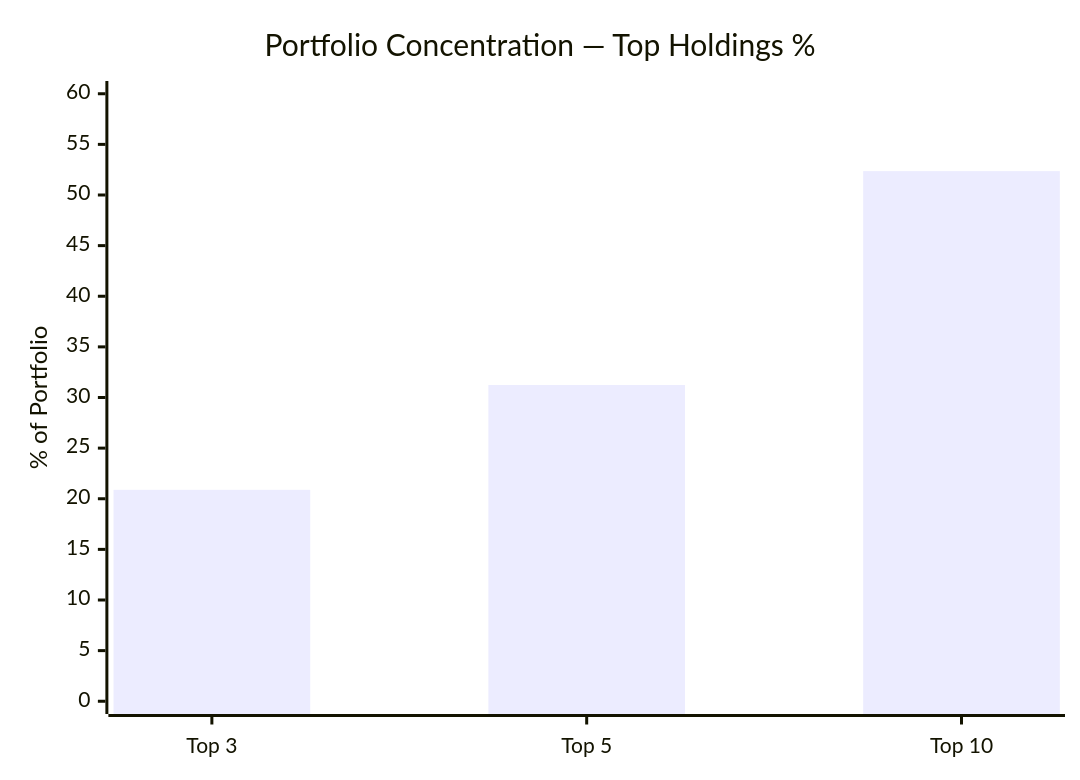
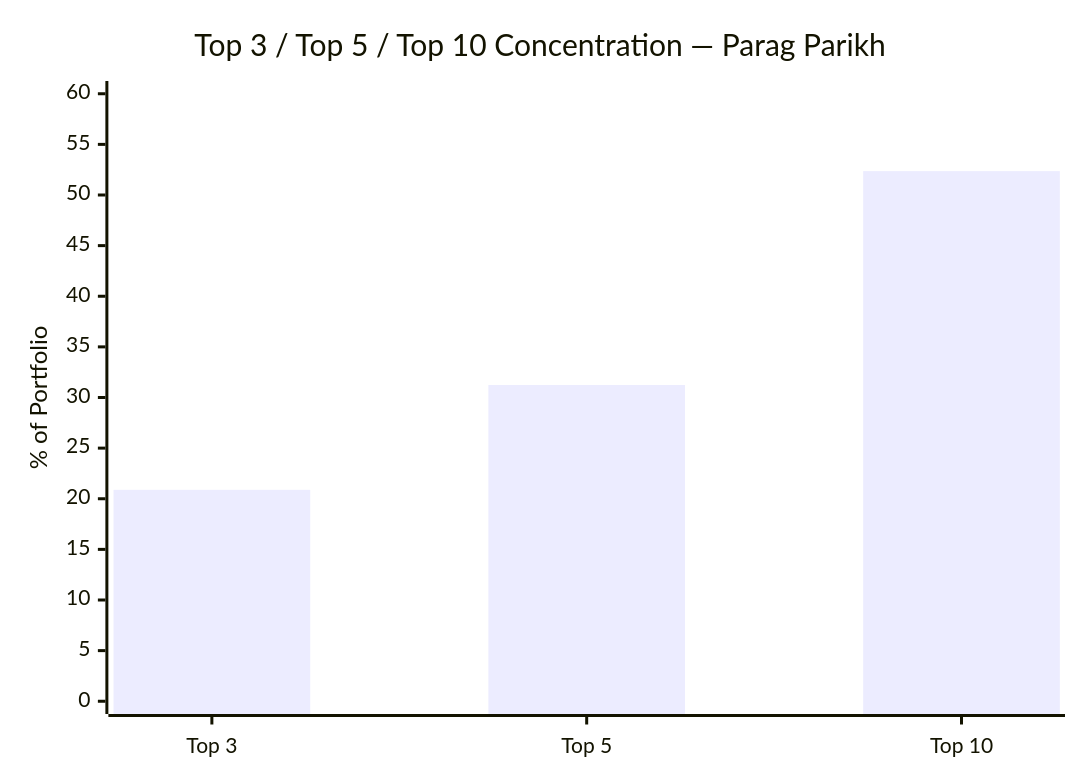
One commit to mayankutkarsh334/Investment changed diagram 11 of 14 in Mutual Fund/FlexiCap/funds/parag_parikh/module3_portfolio.md. Above: the diagram before and after it, drawn with Mermaid. The commit also changed other lines of this file and 4 other files, not shown here.

First line of the commit message:
feat: complete deep-study modules 2–6 for Parag Parikh Flexi Cap Fund

````diff
--- a/Mutual Fund/FlexiCap/funds/parag_parikh/module3_portfolio.md
+++ b/Mutual Fund/FlexiCap/funds/parag_parikh/module3_portfolio.md
@@ -55,7 +186,7 @@
 ```mermaid
 xychart-beta
-    title "Portfolio Concentration — Top Holdings %"
+    title "Top 3 / Top 5 / Top 10 Concentration — Parag Parikh"
     x-axis ["Top 3", "Top 5", "Top 10"]
     y-axis "% of Portfolio" 0 --> 60
     bar [20.88, 31.23, 52.36]
 ```
````
